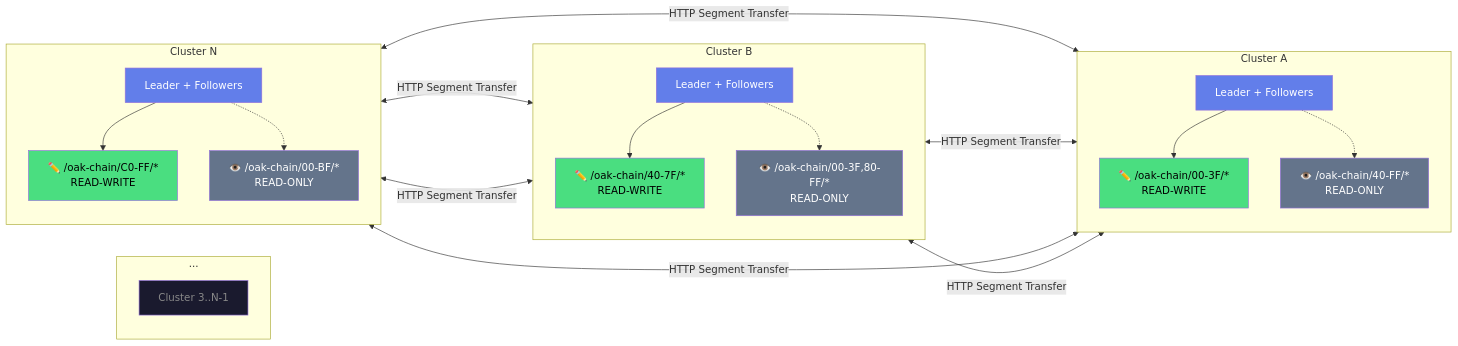
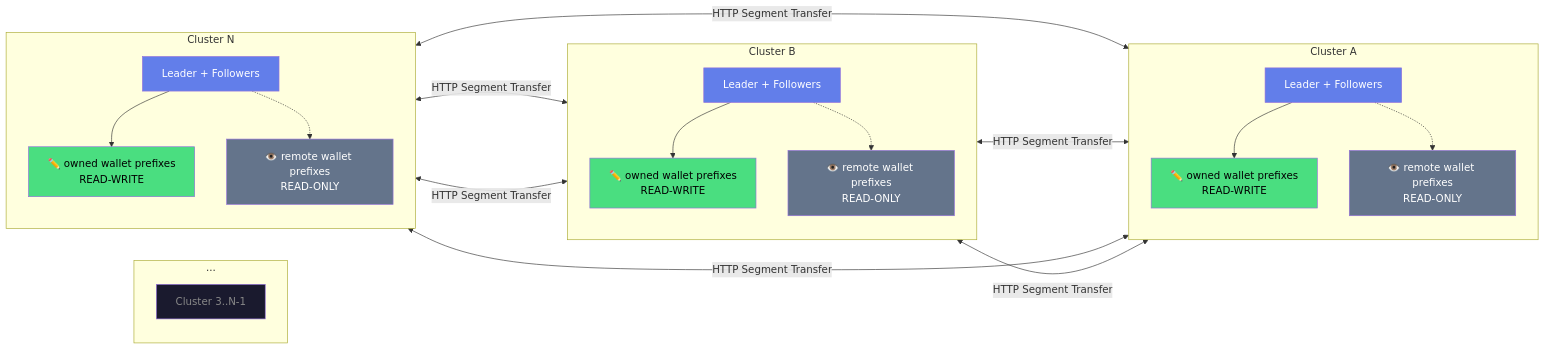
The diagram in how-it-works.md (somarc/oak-chain-docs), drawn with Mermaid before and after one commit. The commit also changed other lines of this file and 4 other files, not shown here.

````diff
--- a/how-it-works.md
+++ b/how-it-works.md
@@ -155,52 +162,52 @@
 ```mermaid
 graph LR
     subgraph ClusterA["Cluster A"]
         direction TB
         LA[Leader + Followers]
-        SA["✏️ /oak-chain/00-3F/*<br/>READ-WRITE"]
-        MA["👁️ /oak-chain/40-FF/*<br/>READ-ONLY"]
+        SA["✏️ owned wallet prefixes<br/>READ-WRITE"]
+        MA["👁️ remote wallet prefixes<br/>READ-ONLY"]
         LA --> SA
         LA -.-> MA
     end
     
     subgraph ClusterB["Cluster B"]
         direction TB
         LB[Leader + Followers]
-        SB["✏️ /oak-chain/40-7F/*<br/>READ-WRITE"]
-        MB["👁️ /oak-chain/00-3F,80-FF/*<br/>READ-ONLY"]
+        SB["✏️ owned wallet prefixes<br/>READ-WRITE"]
+        MB["👁️ remote wallet prefixes<br/>READ-ONLY"]
         LB --> SB
         LB -.-> MB
     end
     
     subgraph ClusterDots["..."]
         direction TB
         LD["Cluster 3..N-1"]
     end
     
     subgraph ClusterN["Cluster N"]
         direction TB
         LN[Leader + Followers]
-        SN["✏️ /oak-chain/C0-FF/*<br/>READ-WRITE"]
-        MN["👁️ /oak-chain/00-BF/*<br/>READ-ONLY"]
+        SN["✏️ owned wallet prefixes<br/>READ-WRITE"]
+        MN["👁️ remote wallet prefixes<br/>READ-ONLY"]
         LN --> SN
         LN -.-> MN
     end
     
     SA <-->|"HTTP Segment Transfer"| MB
     SA <-->|"HTTP Segment Transfer"| MN
     SB <-->|"HTTP Segment Transfer"| MA
     SB <-->|"HTTP Segment Transfer"| MN
     SN <-->|"HTTP Segment Transfer"| MA
     SN <-->|"HTTP Segment Transfer"| MB
     
     style SA fill:#4ade80,color:#000
     style SB fill:#4ade80,color:#000
     style SN fill:#4ade80,color:#000
     style MA fill:#64748b,color:#fff
     style MB fill:#64748b,color:#fff
     style MN fill:#64748b,color:#fff
     style LA fill:#627EEA,color:#fff
     style LB fill:#627EEA,color:#fff
     style LN fill:#627EEA,color:#fff
     style LD fill:#1a1a2e,color:#888
 ```
````
